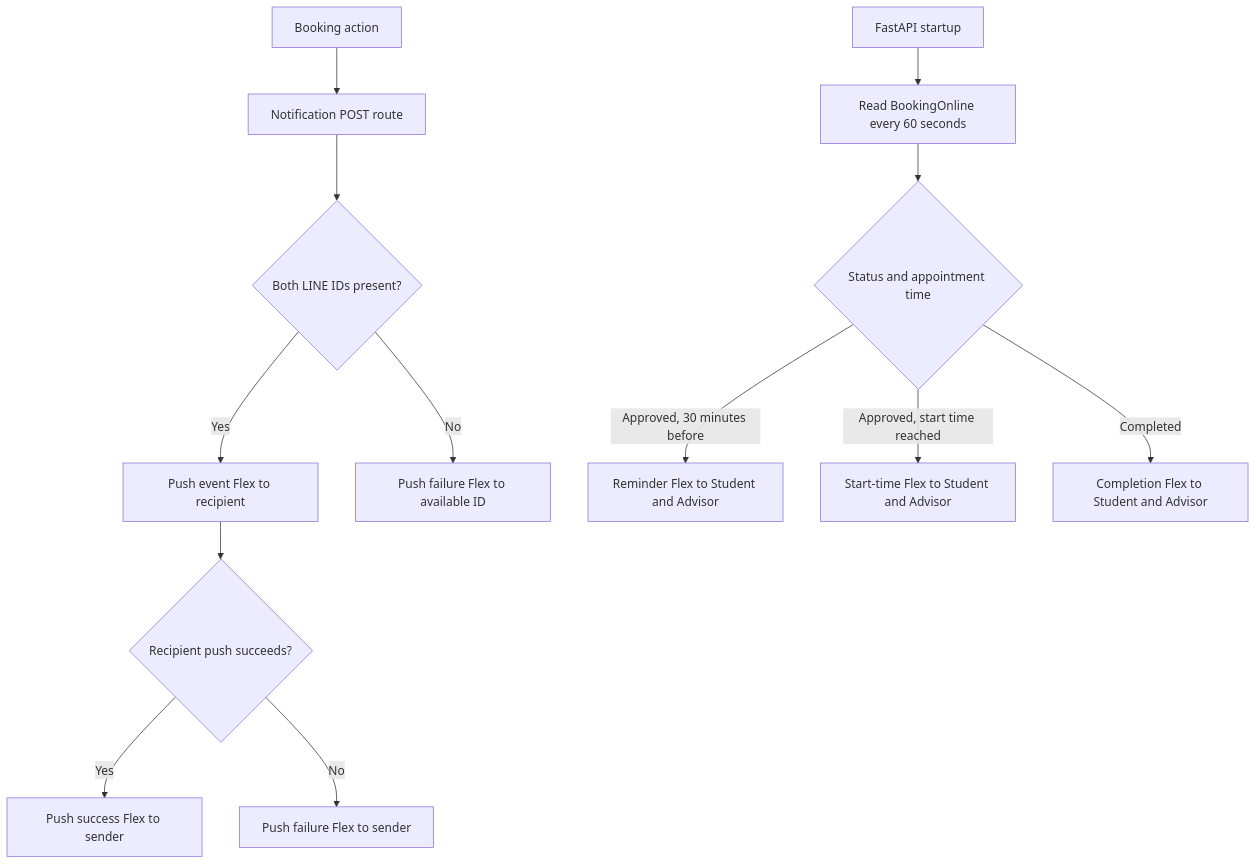
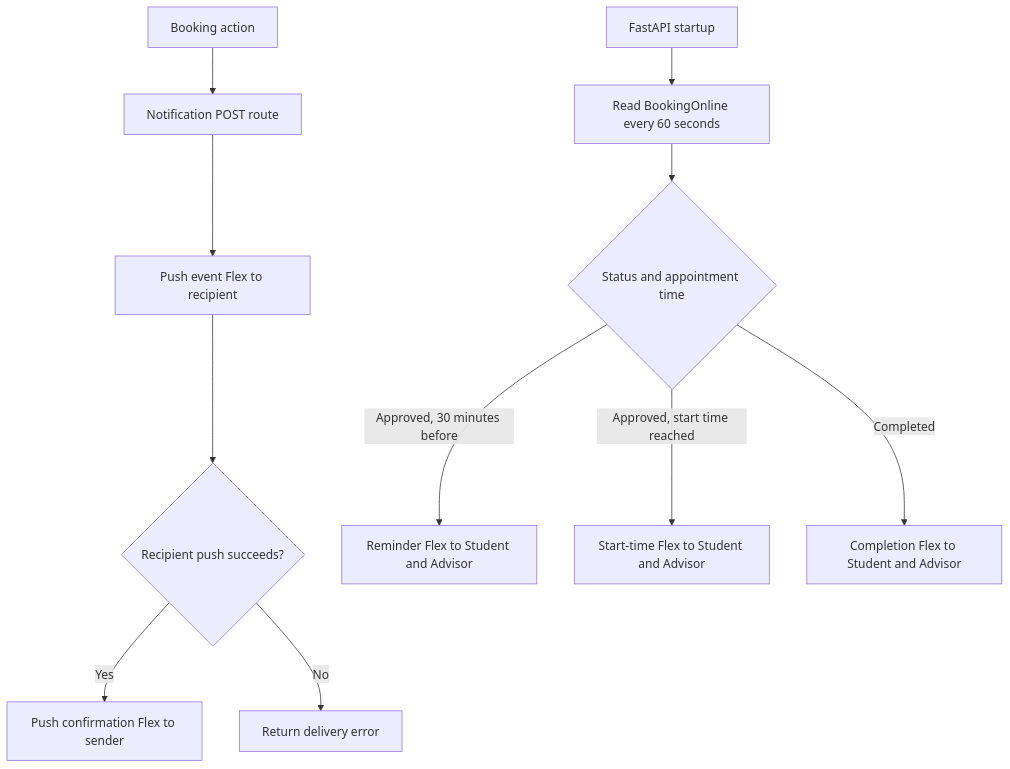
One commit to Pisadtazab/ChatBot_Line_BORC_v2 changed the diagram in Chat_Bot_Line-Deverlop/README.md. Above: the diagram before and after it, drawn with Mermaid. The commit also changed other lines of this file and 5 other files, not shown here.

````diff
--- a/Chat_Bot_Line-Deverlop/README.md
+++ b/Chat_Bot_Line-Deverlop/README.md
@@ -100,15 +100,13 @@
 ```mermaid
 flowchart TD
     A[Booking action] --> B[Notification POST route]
-    B --> C{Both LINE IDs present?}
-    C -- Yes --> D[Push event Flex to recipient]
-    D --> E{Recipient push succeeds?}
-    E -- Yes --> F[Push success Flex to sender]
-    E -- No --> G[Push failure Flex to sender]
-    C -- No --> H[Push failure Flex to available ID]
+    B --> C[Push event Flex to recipient]
+    C --> D{Recipient push succeeds?}
+    D -- Yes --> E[Push confirmation Flex to sender]
+    D -- No --> F[Return delivery error]
     J[FastAPI startup] --> K[Read BookingOnline every 60 seconds]
     K --> L{Status and appointment time}
     L -- Approved, 30 minutes before --> M[Reminder Flex to Student and Advisor]
     L -- Approved, start time reached --> N[Start-time Flex to Student and Advisor]
     L -- Completed --> O[Completion Flex to Student and Advisor]
 ```
````
